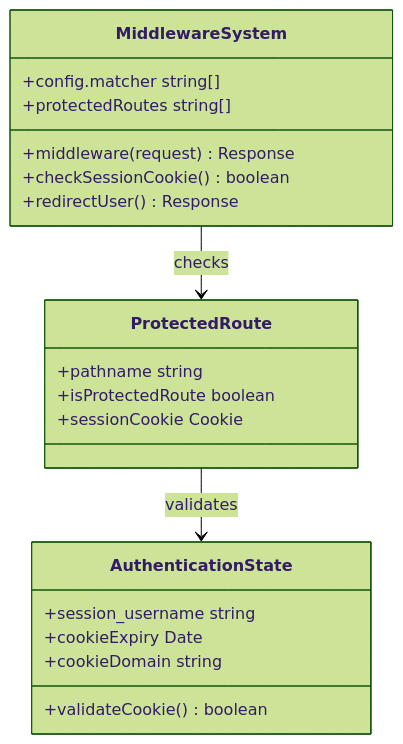
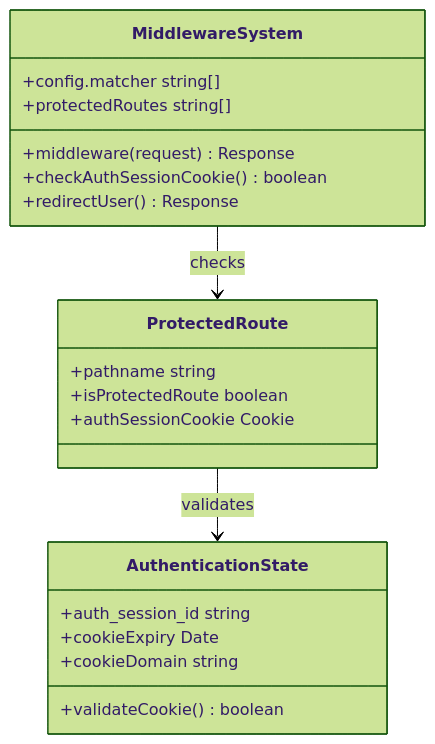
One commit to ghbbn053-ship-itsoulddog/soulddog changed the third of 14 diagrams in .qoder/repowiki/zh/content/前端应用文档/登录页面与认证流程.md. Above: the diagram before and after it, drawn with Mermaid (forest theme). The commit also changed other lines of this file and 119 other files, not shown here.

````diff
--- a/.qoder/repowiki/zh/content/前端应用文档/登录页面与认证流程.md
+++ b/.qoder/repowiki/zh/content/前端应用文档/登录页面与认证流程.md
@@ -231,23 +251,23 @@
 ```mermaid
 classDiagram
 class MiddlewareSystem {
 +middleware(request) Response
 +config.matcher string[]
 +protectedRoutes string[]
-+checkSessionCookie() boolean
++checkAuthSessionCookie() boolean
 +redirectUser() Response
 }
 class ProtectedRoute {
 +pathname string
 +isProtectedRoute boolean
-+sessionCookie Cookie
++authSessionCookie Cookie
 }
 class AuthenticationState {
-+session_username string
++auth_session_id string
 +cookieExpiry Date
 +cookieDomain string
 +validateCookie() boolean
 }
 MiddlewareSystem --> ProtectedRoute : checks
 ProtectedRoute --> AuthenticationState : validates
 ```
````
